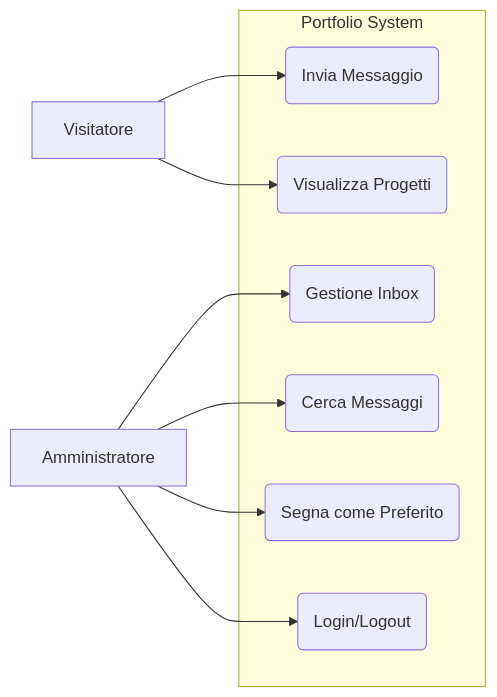
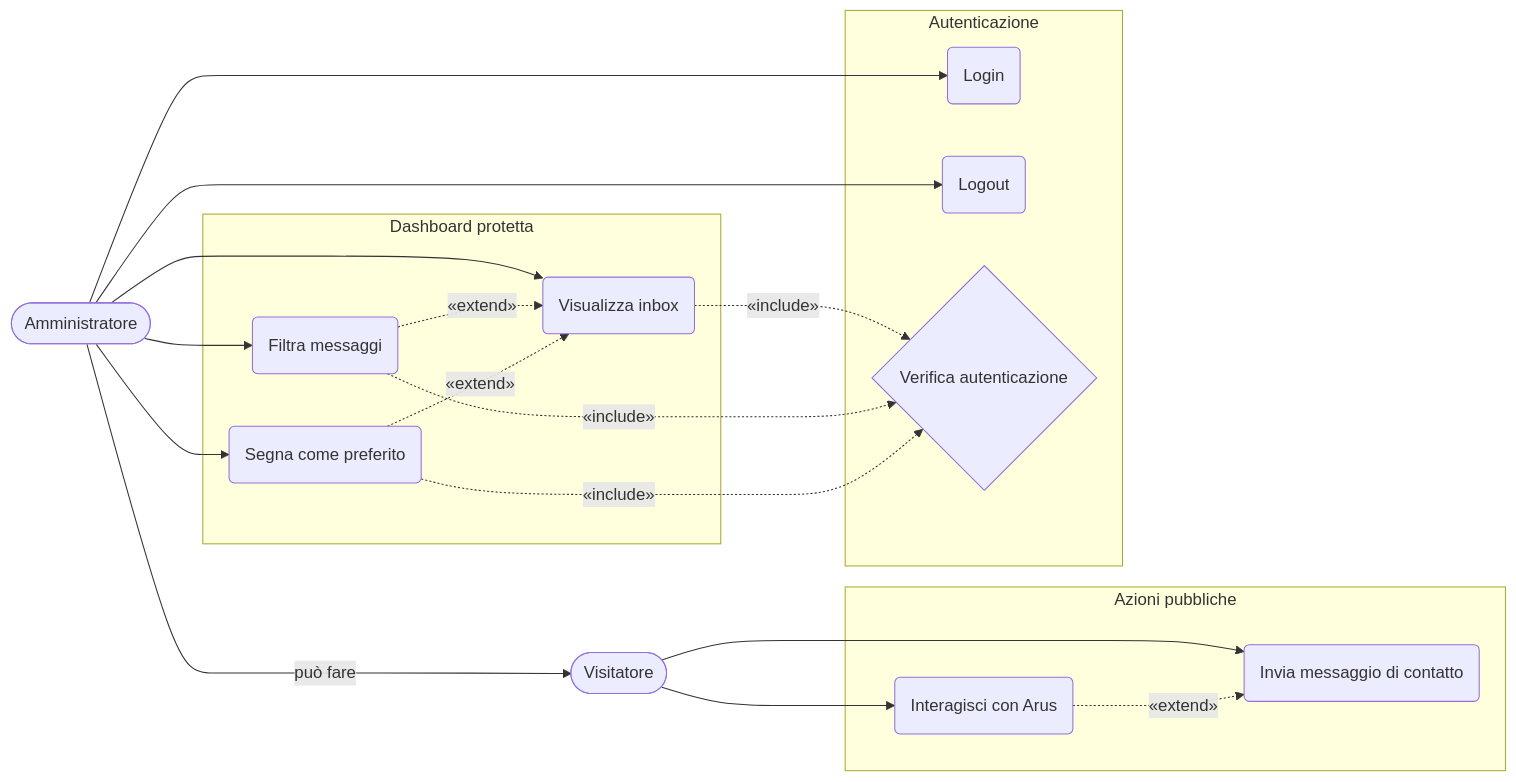
Before and after one commit to simonkolaaa/portfolio-backend: the fourth of 5 diagrams in docs/DOCUMENTAZIONE.md, drawn with Mermaid. The commit also changed other lines of this file, not shown here.

Commit message:
docs: aggiorna DOCUMENTAZIONE.md con ER, UML, casi d'uso e Gantt

````diff
--- a/docs/DOCUMENTAZIONE.md
+++ b/docs/DOCUMENTAZIONE.md
@@ -81,18 +205,39 @@
 ```mermaid
 graph LR
-    subgraph "Portfolio System"
-        UC1(Invia Messaggio)
-        UC2(Visualizza Progetti)
-        UC3(Gestione Inbox)
-        UC4(Cerca Messaggi)
-        UC5(Segna come Preferito)
-        UC6(Login/Logout)
+    V([Visitatore])
+    A([Amministratore])
+
+    subgraph PUB["Azioni pubbliche"]
+        UC1(Invia messaggio di contatto)
+        UC2(Interagisci con Arus)
     end
 
-    V[Visitatore] --> UC1
+    subgraph AUTH["Autenticazione"]
+        UC6(Login)
+        UC7(Logout)
+        UCAUTH{Verifica autenticazione}
+    end
+
+    subgraph DASH["Dashboard protetta"]
+        UC3(Visualizza inbox)
+        UC4(Filtra messaggi)
+        UC5(Segna come preferito)
+    end
+
+    V --> UC1
     V --> UC2
-    A[Amministratore] --> UC3
+    A --->|può fare| V
+    A --> UC6
+    A --> UC7
+    A --> UC3
     A --> UC4
     A --> UC5
-    A --> UC6
+
+    UC3 -. "«include»" .-> UCAUTH
+    UC4 -. "«include»" .-> UCAUTH
+    UC5 -. "«include»" .-> UCAUTH
+
+    UC4 -. "«extend»" .-> UC3
+    UC5 -. "«extend»" .-> UC3
+    UC2 -. "«extend»" .-> UC1
 ```
````
